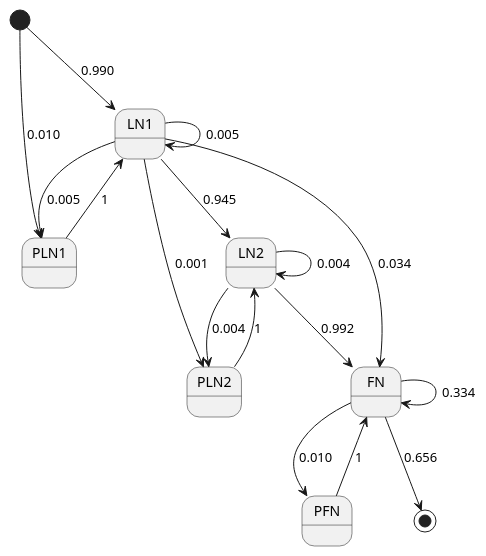
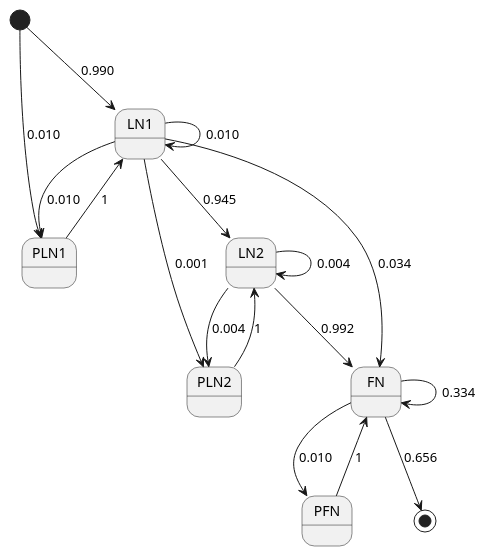
One commit to lla11358/hmm-name-parser changed the diagram in doc/state_diagram_ln_fn.puml. Above: the diagram before and after it, drawn with PlantUML. The commit also changed 6 other files, not shown here.

```diff
--- a/doc/state_diagram_ln_fn.puml
+++ b/doc/state_diagram_ln_fn.puml
@@ -1,20 +1,20 @@
 @startuml Name Parser State Diagram - Last name 1 first
 
 [*] --> LN1: 0.990
 [*] --> PLN1: 0.010
-LN1 --> LN1: 0.005
-LN1 --> PLN1: 0.005
+LN1 --> LN1: 0.010
+LN1 --> PLN1: 0.010
 LN1 --> LN2: 0.945
 LN1 --> PLN2: 0.001
 LN1 --> FN: 0.034
 PLN1 --> LN1: 1
 LN2 --> LN2: 0.004
 LN2 --> PLN2: 0.004
 LN2 --> FN: 0.992
 PLN2 --> LN2: 1
 FN --> FN: 0.334
 FN --> PFN: 0.010
 FN --> [*]: 0.656
 PFN --> FN: 1
 
 @enduml
```
